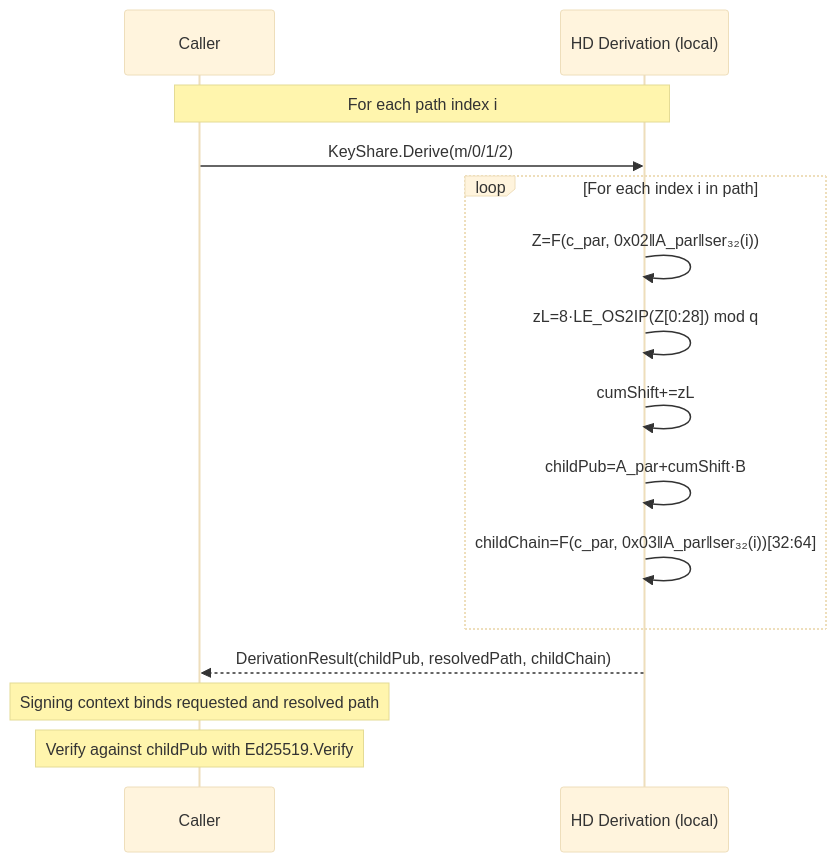
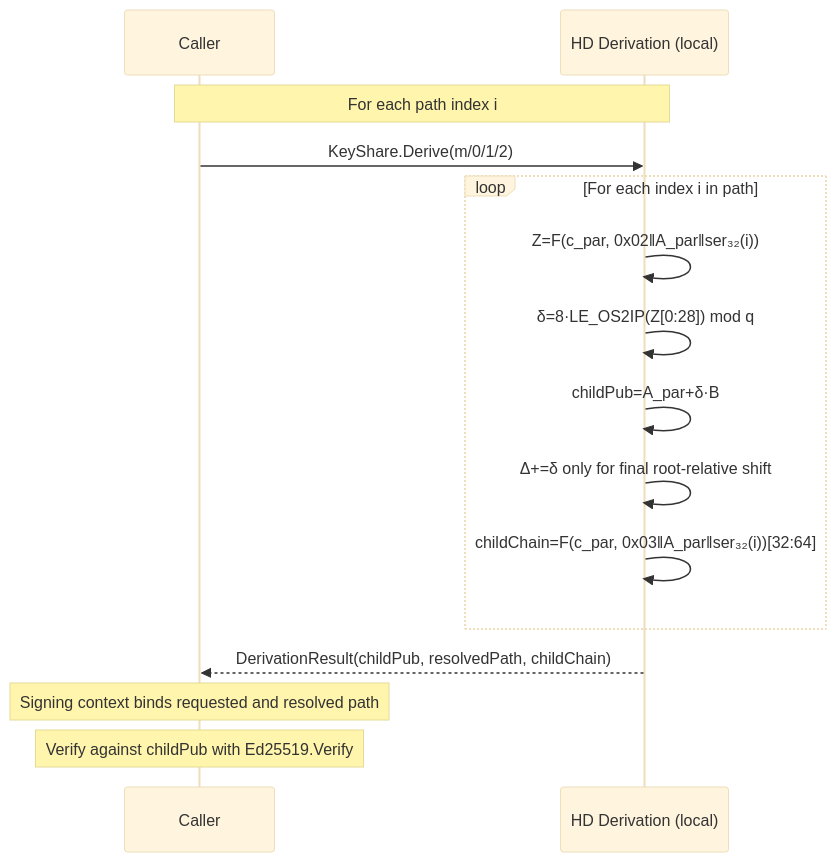
The fifth of 5 diagrams in docs/frost-ed25519.md (islishude/tss), drawn with Mermaid (base theme) before and after one commit. The commit also changed other lines of this file and 62 other files, not shown here.

Commit message:
Tighten protocol validation and lifecycle handling across TSS flows

````diff
--- a/docs/frost-ed25519.md
+++ b/docs/frost-ed25519.md
@@ -720,22 +827,22 @@
 ```mermaid
 sequenceDiagram
     participant Caller
     participant HD as HD Derivation (local)
 
     Note over Caller,HD: For each path index i
 
     Caller->>HD: KeyShare.Derive(m/0/1/2)
 
     loop For each index i in path
         HD->>HD: Z=F(c_par, 0x02‖A_par‖ser₃₂(i))
-        HD->>HD: zL=8·LE_OS2IP(Z[0:28]) mod q
-        HD->>HD: cumShift+=zL
-        HD->>HD: childPub=A_par+cumShift·B
+        HD->>HD: δ=8·LE_OS2IP(Z[0:28]) mod q
+        HD->>HD: childPub=A_par+δ·B
+        HD->>HD: Δ+=δ only for final root-relative shift
         HD->>HD: childChain=F(c_par, 0x03‖A_par‖ser₃₂(i))[32:64]
     end
 
     HD-->>Caller: DerivationResult(childPub, resolvedPath, childChain)
 
     Note over Caller: Signing context binds requested and resolved path
     Note over Caller: Verify against childPub with Ed25519.Verify
 ```
````
